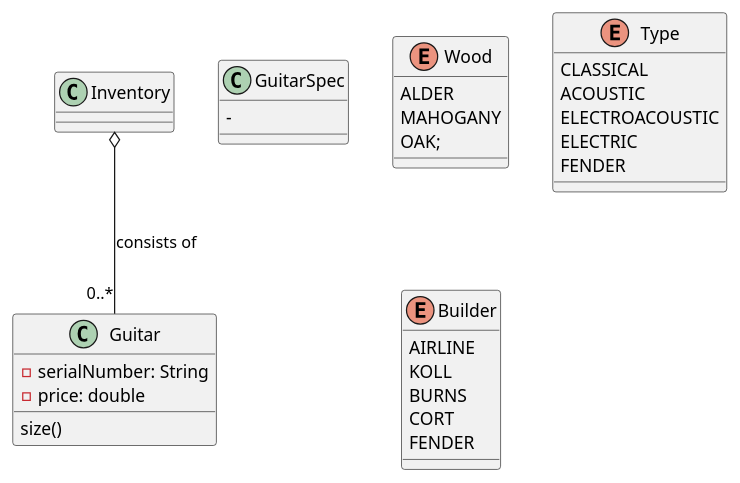
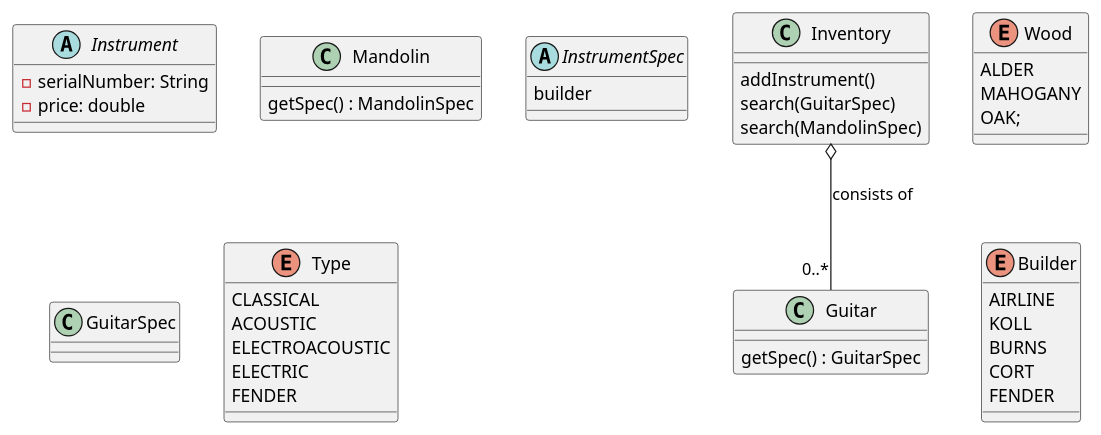
One commit to elizaidoko/GuitarShop02 changed the diagram in Guitar.puml. Above: the diagram before and after it, drawn with PlantUML. The commit also changed 10 other files, not shown here.

```diff
--- a/Guitar.puml
+++ b/Guitar.puml
@@ -1,43 +1,57 @@
 @startuml
 'https://plantuml.com/class-diagram
 
 class Inventory{
+addInstrument()
+search(GuitarSpec)
+search(MandolinSpec)
+}
+abstract class Instrument{
+- serialNumber: String
+- price: double
 }
 
 class Guitar {
-- serialNumber: String
-- price: double
-size()
+
+getSpec() : GuitarSpec
 }
 
-Inventory o-- "0..*" Guitar:consists of
+class Mandolin {
+
+getSpec() : MandolinSpec
+}
+
+abstract class InstrumentSpec{
+builder
+
+}
 
 class GuitarSpec{
--
+
 
 }
 enum Builder {
  AIRLINE
  KOLL
  BURNS
  CORT
  FENDER
 }
 
 enum Type {
 CLASSICAL
 ACOUSTIC
 ELECTROACOUSTIC
 ELECTRIC
 FENDER
 }
 
 enum Wood {
 ALDER
 MAHOGANY
 OAK;
 }
 
 Wood -[hidden]-Builder
-
+Inventory o-- "0..*" Guitar:consists of
 @enduml
```
